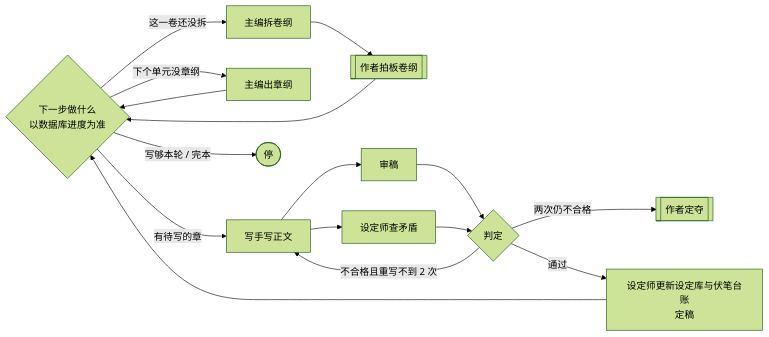
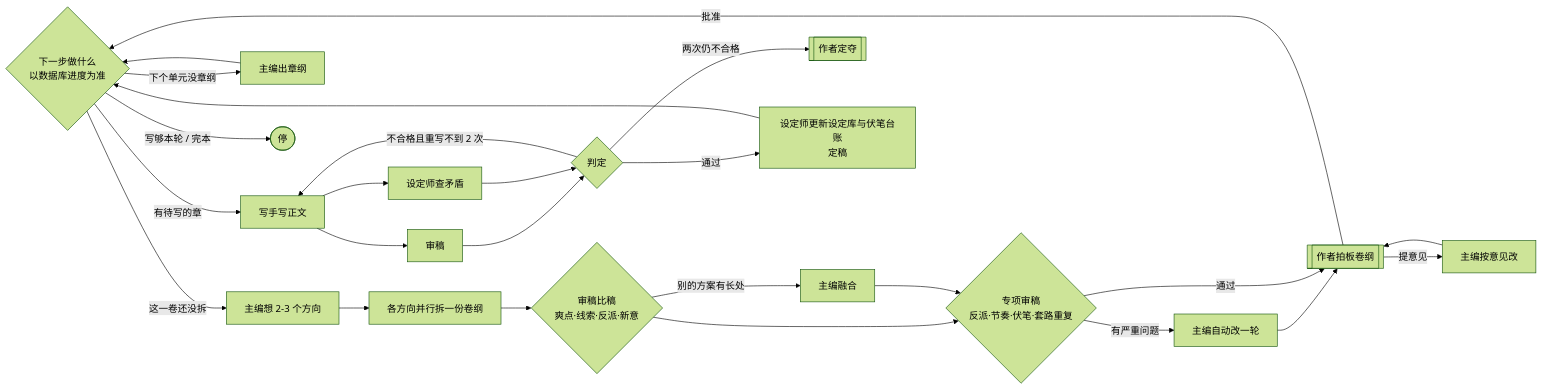
The second of 3 diagrams in README.md (lxbtkfbj/zhibi), drawn with Mermaid (forest theme) before and after one commit. The commit also changed other lines of this file and 31 other files, not shown here.

````diff
--- a/README.md
+++ b/README.md
@@ -42,18 +43,27 @@
 ```mermaid
 flowchart LR
-    N{下一步做什么<br/>以数据库进度为准} -->|这一卷还没拆| P[主编拆卷纲]
-    P --> G1[[作者拍板卷纲]]
-    G1 --> N
+    N{下一步做什么<br/>以数据库进度为准} -->|这一卷还没拆| P[主编想 2-3 个方向]
+    P --> P1[各方向并行拆一份卷纲]
+    P1 --> B{审稿比稿<br/>爽点·线索·反派·新意}
+    B -- 别的方案有长处 --> M[主编融合]
+    B --> A
+    M --> A{专项审稿<br/>反派·节奏·伏笔·套路重复}
+    A -- 有严重问题 --> AR[主编自动改一轮]
+    AR --> G1
+    A -- 通过 --> G1[[作者拍板卷纲]]
+    G1 -- 提意见 --> GR[主编按意见改]
+    GR --> G1
+    G1 -- 批准 --> N
     N -->|下个单元没章纲| C[主编出章纲]
     C --> N
     N -->|有待写的章| W[写手写正文]
     W --> R[审稿]
     W --> K[设定师查矛盾]
     R --> J{判定}
     K --> J
     J -- 不合格且重写不到 2 次 --> W
     J -- 两次仍不合格 --> G2[[作者定夺]]
     J -- 通过 --> F[设定师更新设定库与伏笔台账<br/>定稿]
     F --> N
     N -->|写够本轮 / 完本| X([停])
 ```
````
